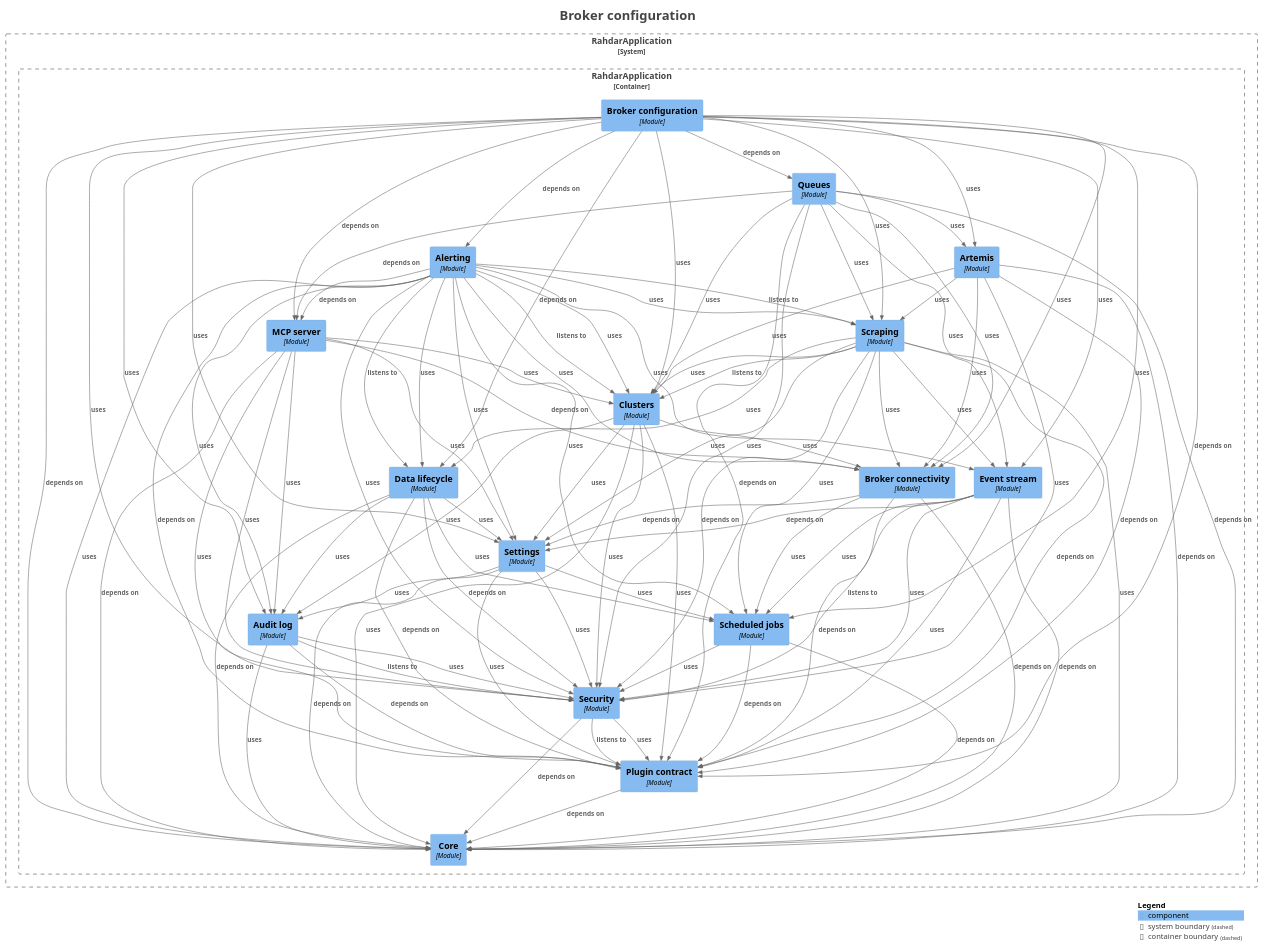
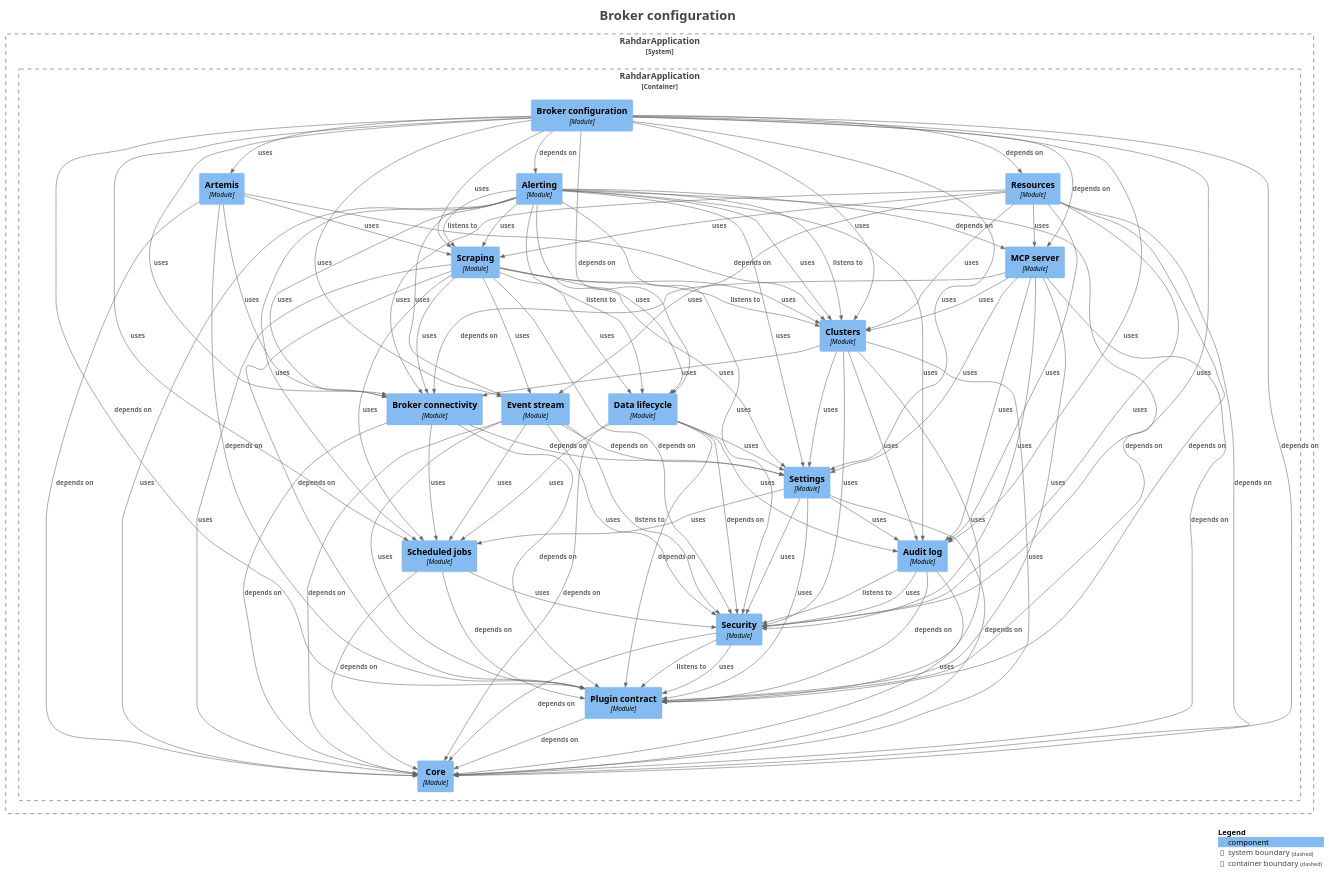
One commit to sudoitir/rahdar changed the diagram in docs/modules/module-feature.brokerconfig.puml. Above: the diagram before and after it, drawn with PlantUML. The commit also changed 130 other files, not shown here.

```diff
--- a/docs/modules/module-feature.brokerconfig.puml
+++ b/docs/modules/module-feature.brokerconfig.puml
@@ -28,7 +28,7 @@
     Component(RahdarApplication.RahdarApplication.Eventstream, "Event stream", $techn="Module", $descr="", $tags="", $link="")
     Component(RahdarApplication.RahdarApplication.MCPserver, "MCP server", $techn="Module", $descr="", $tags="", $link="")
     Component(RahdarApplication.RahdarApplication.Plugincontract, "Plugin contract", $techn="Module", $descr="", $tags="", $link="")
-    Component(RahdarApplication.RahdarApplication.Queues, "Queues", $techn="Module", $descr="", $tags="", $link="")
+    Component(RahdarApplication.RahdarApplication.Resources, "Resources", $techn="Module", $descr="", $tags="", $link="")
     Component(RahdarApplication.RahdarApplication.Scheduledjobs, "Scheduled jobs", $techn="Module", $descr="", $tags="", $link="")
     Component(RahdarApplication.RahdarApplication.Scraping, "Scraping", $techn="Module", $descr="", $tags="", $link="")
     Component(RahdarApplication.RahdarApplication.Security, "Security", $techn="Module", $descr="", $tags="", $link="")
@@ -53,11 +53,10 @@
 Rel(RahdarApplication.RahdarApplication.Alerting, RahdarApplication.RahdarApplication.Security, "uses", $techn="", $tags="", $link="")
 Rel(RahdarApplication.RahdarApplication.Alerting, RahdarApplication.RahdarApplication.Settings, "uses", $techn="", $tags="", $link="")
 Rel(RahdarApplication.RahdarApplication.Artemis, RahdarApplication.RahdarApplication.Brokerconnectivity, "uses", $techn="", $tags="", $link="")
-Rel(RahdarApplication.RahdarApplication.Artemis, RahdarApplication.RahdarApplication.Clusters, "uses", $techn="", $tags="", $link="")
+Rel(RahdarApplication.RahdarApplication.Artemis, RahdarApplication.RahdarApplication.Clusters, "depends on", $techn="", $tags="", $link="")
 Rel(RahdarApplication.RahdarApplication.Artemis, RahdarApplication.RahdarApplication.Core, "depends on", $techn="", $tags="", $link="")
 Rel(RahdarApplication.RahdarApplication.Artemis, RahdarApplication.RahdarApplication.Plugincontract, "depends on", $techn="", $tags="", $link="")
 Rel(RahdarApplication.RahdarApplication.Artemis, RahdarApplication.RahdarApplication.Scraping, "uses", $techn="", $tags="", $link="")
-Rel(RahdarApplication.RahdarApplication.Artemis, RahdarApplication.RahdarApplication.Security, "uses", $techn="", $tags="", $link="")
 Rel(RahdarApplication.RahdarApplication.Auditlog, RahdarApplication.RahdarApplication.Core, "uses", $techn="", $tags="", $link="")
 Rel(RahdarApplication.RahdarApplication.Auditlog, RahdarApplication.RahdarApplication.Plugincontract, "depends on", $techn="", $tags="", $link="")
 Rel(RahdarApplication.RahdarApplication.Auditlog, RahdarApplication.RahdarApplication.Security, "listens to", $techn="", $tags="", $link="")
@@ -72,7 +71,7 @@
 Rel(RahdarApplication.RahdarApplication.Brokerconfiguration, RahdarApplication.RahdarApplication.Eventstream, "uses", $techn="", $tags="", $link="")
 Rel(RahdarApplication.RahdarApplication.Brokerconfiguration, RahdarApplication.RahdarApplication.MCPserver, "depends on", $techn="", $tags="", $link="")
 Rel(RahdarApplication.RahdarApplication.Brokerconfiguration, RahdarApplication.RahdarApplication.Plugincontract, "depends on", $techn="", $tags="", $link="")
-Rel(RahdarApplication.RahdarApplication.Brokerconfiguration, RahdarApplication.RahdarApplication.Queues, "depends on", $techn="", $tags="", $link="")
+Rel(RahdarApplication.RahdarApplication.Brokerconfiguration, RahdarApplication.RahdarApplication.Resources, "depends on", $techn="", $tags="", $link="")
 Rel(RahdarApplication.RahdarApplication.Brokerconfiguration, RahdarApplication.RahdarApplication.Scheduledjobs, "uses", $techn="", $tags="", $link="")
 Rel(RahdarApplication.RahdarApplication.Brokerconfiguration, RahdarApplication.RahdarApplication.Scraping, "uses", $techn="", $tags="", $link="")
 Rel(RahdarApplication.RahdarApplication.Brokerconfiguration, RahdarApplication.RahdarApplication.Security, "uses", $techn="", $tags="", $link="")
@@ -107,15 +106,15 @@
 Rel(RahdarApplication.RahdarApplication.MCPserver, RahdarApplication.RahdarApplication.Security, "uses", $techn="", $tags="", $link="")
 Rel(RahdarApplication.RahdarApplication.MCPserver, RahdarApplication.RahdarApplication.Settings, "uses", $techn="", $tags="", $link="")
 Rel(RahdarApplication.RahdarApplication.Plugincontract, RahdarApplication.RahdarApplication.Core, "depends on", $techn="", $tags="", $link="")
-Rel(RahdarApplication.RahdarApplication.Queues, RahdarApplication.RahdarApplication.Artemis, "uses", $techn="", $tags="", $link="")
-Rel(RahdarApplication.RahdarApplication.Queues, RahdarApplication.RahdarApplication.Brokerconnectivity, "uses", $techn="", $tags="", $link="")
-Rel(RahdarApplication.RahdarApplication.Queues, RahdarApplication.RahdarApplication.Clusters, "uses", $techn="", $tags="", $link="")
-Rel(RahdarApplication.RahdarApplication.Queues, RahdarApplication.RahdarApplication.Core, "depends on", $techn="", $tags="", $link="")
-Rel(RahdarApplication.RahdarApplication.Queues, RahdarApplication.RahdarApplication.Eventstream, "uses", $techn="", $tags="", $link="")
-Rel(RahdarApplication.RahdarApplication.Queues, RahdarApplication.RahdarApplication.MCPserver, "depends on", $techn="", $tags="", $link="")
-Rel(RahdarApplication.RahdarApplication.Queues, RahdarApplication.RahdarApplication.Plugincontract, "depends on", $techn="", $tags="", $link="")
-Rel(RahdarApplication.RahdarApplication.Queues, RahdarApplication.RahdarApplication.Scraping, "uses", $techn="", $tags="", $link="")
-Rel(RahdarApplication.RahdarApplication.Queues, RahdarApplication.RahdarApplication.Security, "uses", $techn="", $tags="", $link="")
+Rel(RahdarApplication.RahdarApplication.Resources, RahdarApplication.RahdarApplication.Auditlog, "uses", $techn="", $tags="", $link="")
+Rel(RahdarApplication.RahdarApplication.Resources, RahdarApplication.RahdarApplication.Brokerconnectivity, "uses", $techn="", $tags="", $link="")
+Rel(RahdarApplication.RahdarApplication.Resources, RahdarApplication.RahdarApplication.Clusters, "uses", $techn="", $tags="", $link="")
+Rel(RahdarApplication.RahdarApplication.Resources, RahdarApplication.RahdarApplication.Core, "depends on", $techn="", $tags="", $link="")
+Rel(RahdarApplication.RahdarApplication.Resources, RahdarApplication.RahdarApplication.Eventstream, "uses", $techn="", $tags="", $link="")
+Rel(RahdarApplication.RahdarApplication.Resources, RahdarApplication.RahdarApplication.MCPserver, "uses", $techn="", $tags="", $link="")
+Rel(RahdarApplication.RahdarApplication.Resources, RahdarApplication.RahdarApplication.Plugincontract, "depends on", $techn="", $tags="", $link="")
+Rel(RahdarApplication.RahdarApplication.Resources, RahdarApplication.RahdarApplication.Scraping, "uses", $techn="", $tags="", $link="")
+Rel(RahdarApplication.RahdarApplication.Resources, RahdarApplication.RahdarApplication.Security, "uses", $techn="", $tags="", $link="")
 Rel(RahdarApplication.RahdarApplication.Scheduledjobs, RahdarApplication.RahdarApplication.Core, "depends on", $techn="", $tags="", $link="")
 Rel(RahdarApplication.RahdarApplication.Scheduledjobs, RahdarApplication.RahdarApplication.Plugincontract, "depends on", $techn="", $tags="", $link="")
 Rel(RahdarApplication.RahdarApplication.Scheduledjobs, RahdarApplication.RahdarApplication.Security, "uses", $techn="", $tags="", $link="")
```
